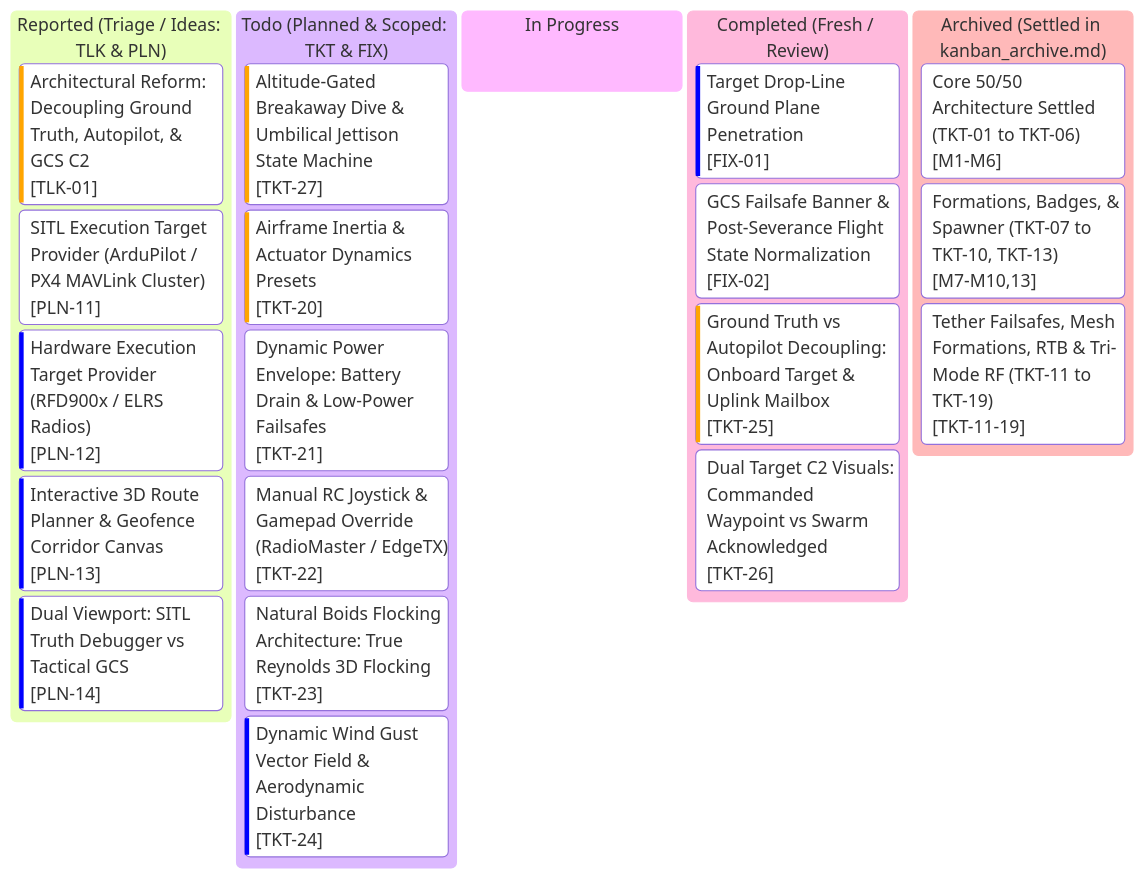
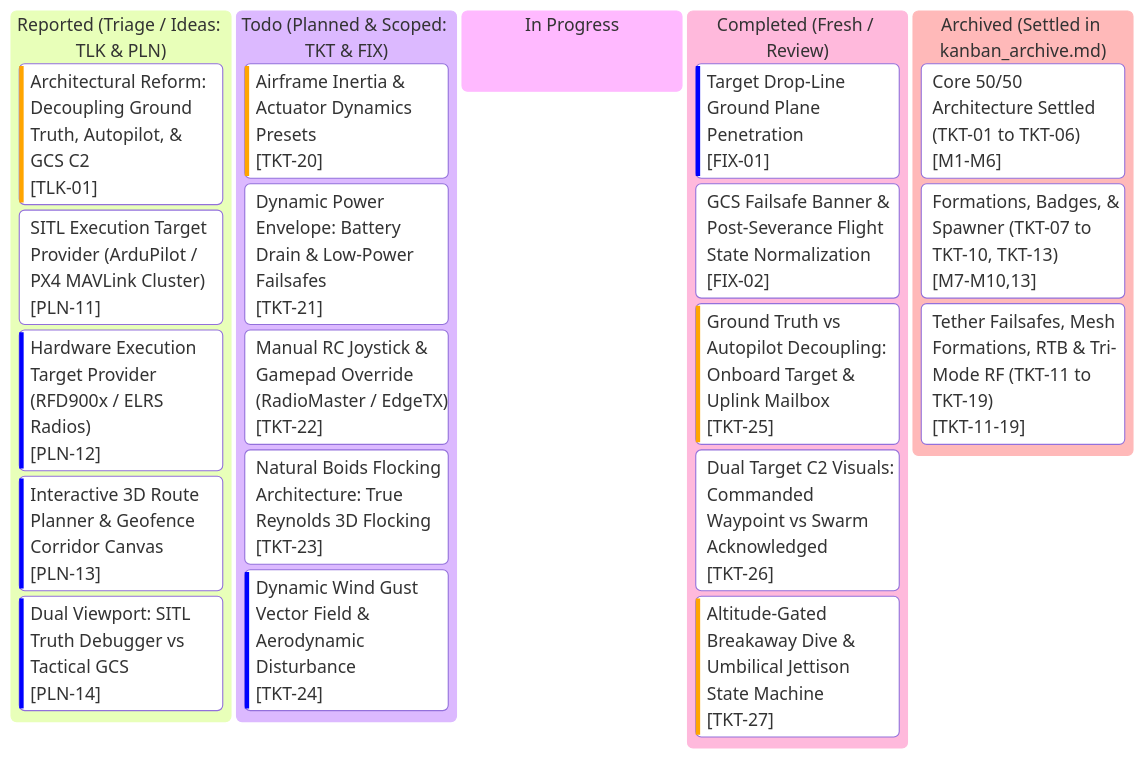
Before and after one commit to AlitheiaDeus/SwarmTech_v3-Uprising: the diagram in kanban.md, drawn with Mermaid. The commit also changed other lines of this file and 4 other files, not shown here.

Commit message:
feat(failsafes): implement TKT-27 altitude-gated breakaway dive and clearance state machine

````diff
--- a/kanban.md
+++ b/kanban.md
@@ -10,46 +10,46 @@
 ```mermaid
 %%{init: {
   'theme': 'base',
   'themeVariables': {
     'primaryColor': '#0d2235',
     'primaryTextColor': '#d4f4ff',
     'primaryBorderColor': '#00f0ff',
     'lineColor': '#00f0ff',
     'background': '#061019',
     'mainBkg': '#0a1926',
     'secondaryColor': '#081420',
     'secondaryTextColor': '#5a7e96',
     'secondaryBorderColor': '#134e6f',
     'tertiaryColor': '#0e263d',
     'tertiaryTextColor': '#00ffaa',
     'tertiaryBorderColor': '#00ffaa',
     'clusterBkg': '#081420',
     'clusterBorder': '#134e6f',
     'fontFamily': "'JetBrains Mono', 'Courier New', monospace"
   }
 }}%%
 kanban
   reported["Reported (Triage / Ideas: TLK & PLN)"]
     tlk01["Architectural Reform: Decoupling Ground Truth, Autopilot, & GCS C2"]@{ ticket: '[TLK-01]', priority: 'High' }
     pln11["SITL Execution Target Provider (ArduPilot / PX4 MAVLink Cluster)"]@{ ticket: '[PLN-11]', priority: 'Medium' }
     pln12["Hardware Execution Target Provider (RFD900x / ELRS Radios)"]@{ ticket: '[PLN-12]', priority: 'Low' }
     pln13["Interactive 3D Route Planner & Geofence Corridor Canvas"]@{ ticket: '[PLN-13]', priority: 'Low' }
     pln14["Dual Viewport: SITL Truth Debugger vs Tactical GCS"]@{ ticket: '[PLN-14]', priority: 'Low' }
   todo["Todo (Planned & Scoped: TKT & FIX)"]
-    tkt27["Altitude-Gated Breakaway Dive & Umbilical Jettison State Machine"]@{ ticket: '[TKT-27]', priority: 'High' }
     tkt20["Airframe Inertia & Actuator Dynamics Presets"]@{ ticket: '[TKT-20]', priority: 'High' }
     tkt21["Dynamic Power Envelope: Battery Drain & Low-Power Failsafes"]@{ ticket: '[TKT-21]', priority: 'Medium' }
     tkt22["Manual RC Joystick & Gamepad Override (RadioMaster / EdgeTX)"]@{ ticket: '[TKT-22]', priority: 'Medium' }
     tkt23["Natural Boids Flocking Architecture: True Reynolds 3D Flocking"]@{ ticket: '[TKT-23]', priority: 'Medium' }
     tkt24["Dynamic Wind Gust Vector Field & Aerodynamic Disturbance"]@{ ticket: '[TKT-24]', priority: 'Low' }
   in_progress["In Progress"]
   completed["Completed (Fresh / Review)"]
     fix01["Target Drop-Line Ground Plane Penetration"]@{ ticket: '[FIX-01]', priority: 'Low' }
     fix02["GCS Failsafe Banner & Post-Severance Flight State Normalization"]@{ ticket: '[FIX-02]', priority: 'Medium' }
     tkt25["Ground Truth vs Autopilot Decoupling: Onboard Target & Uplink Mailbox"]@{ ticket: '[TKT-25]', priority: 'High' }
     tkt26["Dual Target C2 Visuals: Commanded Waypoint vs Swarm Acknowledged"]@{ ticket: '[TKT-26]', priority: 'Medium' }
+    tkt27["Altitude-Gated Breakaway Dive & Umbilical Jettison State Machine"]@{ ticket: '[TKT-27]', priority: 'High' }
   archived["Archived (Settled in kanban_archive.md)"]
     arch_m1_6["Core 50/50 Architecture Settled (TKT-01 to TKT-06)"]@{ ticket: '[M1-M6]' }
     arch_m7_10_13["Formations, Badges, & Spawner (TKT-07 to TKT-10, TKT-13)"]@{ ticket: '[M7-M10,13]' }
     arch_m11_19["Tether Failsafes, Mesh Formations, RTB & Tri-Mode RF (TKT-11 to TKT-19)"]@{ ticket: '[TKT-11-19]' }
 ```
````
